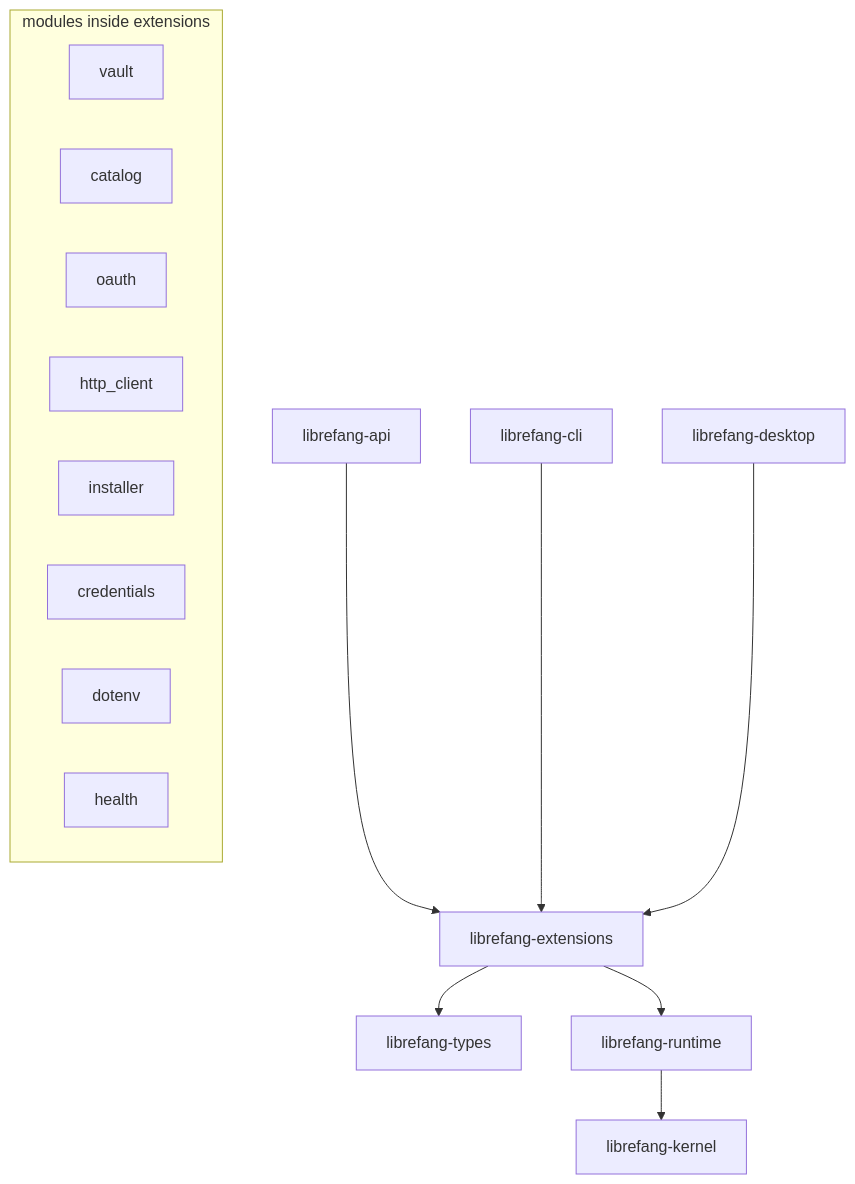
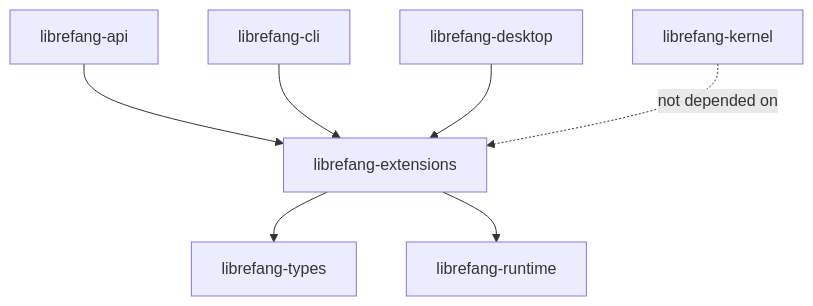
Before and after one commit to leszek3737/librefang-WIki: the diagram in other-librefang-extensions.md, drawn with Mermaid. The commit also changed other lines of this file and 110 other files, not shown here.

````diff
--- a/other-librefang-extensions.md
+++ b/other-librefang-extensions.md
@@ -11,21 +11,10 @@
 ```mermaid
 graph TD
-    API["librefang-api"] --> EXT
+    API["librefang-api"] --> EXT["librefang-extensions"]
     CLI["librefang-cli"] --> EXT
-    DESK["librefang-desktop"] --> EXT
-    EXT["librefang-extensions"]
+    DESKTOP["librefang-desktop"] --> EXT
     EXT --> TYPES["librefang-types"]
-    EXT --> RT["librefang-runtime"]
-    RT --> KERN["librefang-kernel"]
-
-    subgraph "modules inside extensions"
-        V[vault]
-        C[catalog]
-        O[oauth]
-        HC[http_client]
-        INST[installer]
-        CREDS[credentials]
-        DOT[dotenv]
-        H[health]
-    end
+    EXT --> RUNTIME["librefang-runtime"]
+    KERNEL["librefang-kernel"]
+    KERNEL -.->|"not depended on"| EXT
 ```
````
